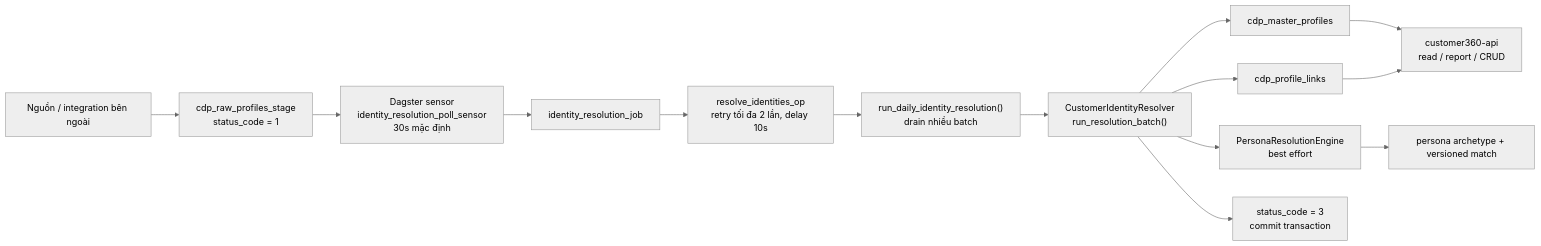
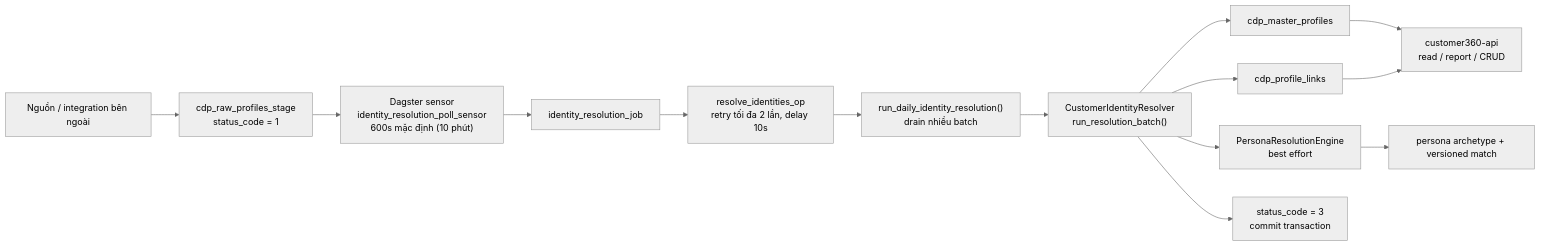
One commit to LEO-CDP/leo-customer360 changed the diagram in docs/identity-resolution/images/cir-runtime-flow.mmd. Above: the diagram before and after it, drawn with Mermaid (neutral theme). The commit also changed 50 other files, not shown here.

First line of the commit message:
Update configuration and enhance timeline features

```diff
--- a/docs/identity-resolution/images/cir-runtime-flow.mmd
+++ b/docs/identity-resolution/images/cir-runtime-flow.mmd
@@ -1,14 +1,14 @@
 flowchart LR
     SRC["Nguồn / integration bên ngoài"] --> STG["cdp_raw_profiles_stage\nstatus_code = 1"]
-    STG --> SENSOR["Dagster sensor\nidentity_resolution_poll_sensor\n30s mặc định"]
+    STG --> SENSOR["Dagster sensor\nidentity_resolution_poll_sensor\n600s mặc định (10 phút)"]
     SENSOR --> JOB["identity_resolution_job"]
     JOB --> OP["resolve_identities_op\nretry tối đa 2 lần, delay 10s"]
     OP --> DAILY["run_daily_identity_resolution()\ndrain nhiều batch"]
     DAILY --> RES["CustomerIdentityResolver\nrun_resolution_batch()"]
     RES --> MASTER["cdp_master_profiles"]
     RES --> LINKS["cdp_profile_links"]
     RES --> PERSONA["PersonaResolutionEngine\nbest effort"]
     PERSONA --> ARCH["persona archetype + versioned match"]
     RES --> DONE["status_code = 3\ncommit transaction"]
     MASTER --> API["customer360-api\nread / report / CRUD"]
     LINKS --> API
```
